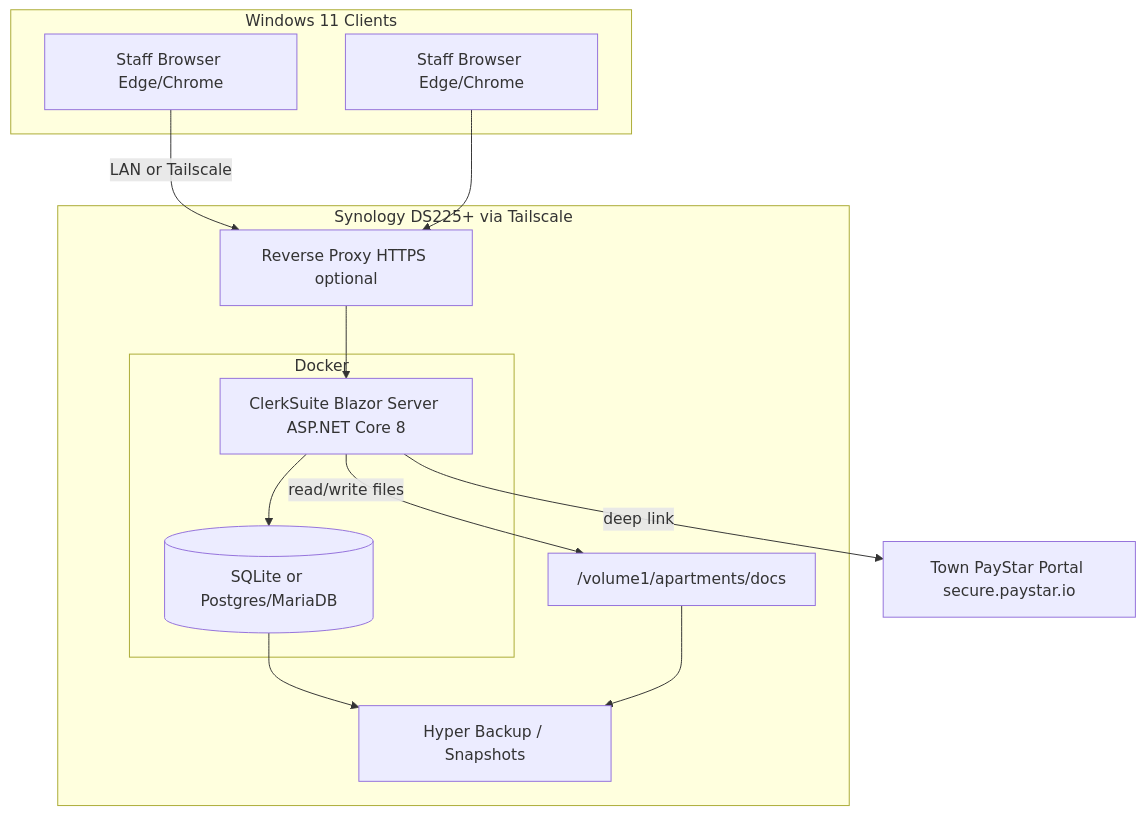
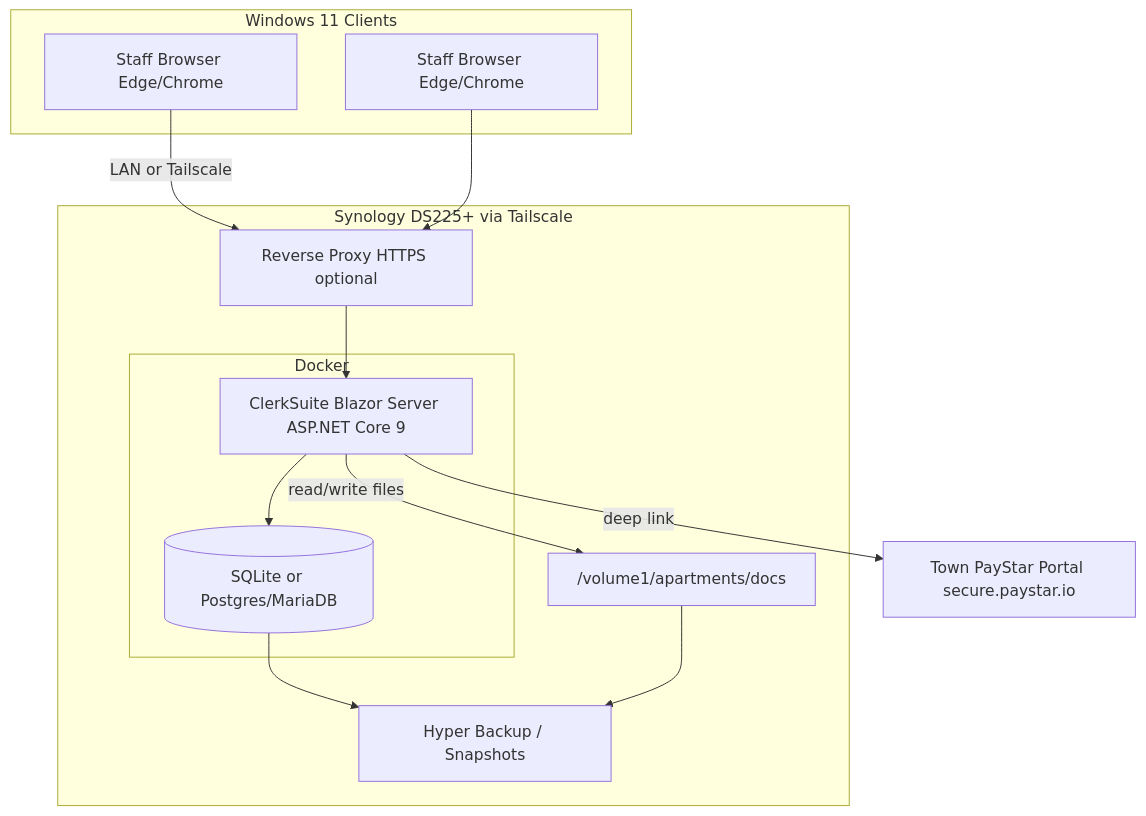
The diagram in specs/001-wiley-apartment-v1/plan.md (Bigessfour/Wiley_Apartments), drawn with Mermaid before and after one commit. The commit also changed other lines of this file and 86 other files, not shown here.

First line of the commit message:
Polish ClerkSuite UI consistency and Fluent light contrast.

````diff
--- a/specs/001-wiley-apartment-v1/plan.md
+++ b/specs/001-wiley-apartment-v1/plan.md
@@ -100,28 +100,28 @@
 ```mermaid
 flowchart TB
     subgraph clients [Windows 11 Clients]
         C1[Staff Browser Edge/Chrome]
         C2[Staff Browser Edge/Chrome]
     end
 
     subgraph nas [Synology DS225+ via Tailscale]
         RP[Reverse Proxy HTTPS optional]
         subgraph docker [Docker]
-            APP[ClerkSuite Blazor Server ASP.NET Core 8]
+            APP[ClerkSuite Blazor Server ASP.NET Core 9]
             DB[(SQLite or Postgres/MariaDB)]
         end
         DOCS["/volume1/apartments/docs"]
         BACKUP[Hyper Backup / Snapshots]
     end
 
     EXT[Town PayStar Portal secure.paystar.io]
 
     C1 -->|LAN or Tailscale| RP
     C2 --> RP
     RP --> APP
     APP --> DB
     APP -->|read/write files| DOCS
     APP -->|deep link| EXT
     DB --> BACKUP
     DOCS --> BACKUP
 ```
````
